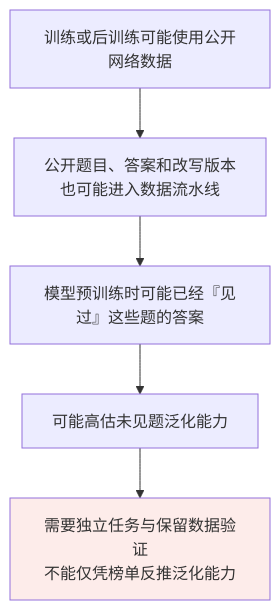
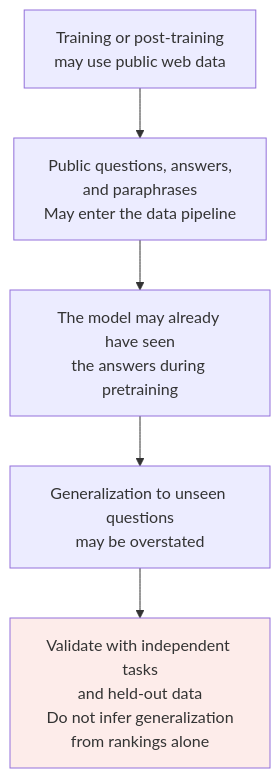
The first of 2 diagrams in docs/llm/05-evaluation-selection/21-evaluation-metrics.md (oneleaveknowsthefall/awesome-ai-roadmap), drawn with Mermaid before and after one commit. The commit also changed other lines of this file and 92 other files, not shown here.

````diff
--- a/docs/llm/05-evaluation-selection/21-evaluation-metrics.md
+++ b/docs/llm/05-evaluation-selection/21-evaluation-metrics.md
@@ -72,9 +72,9 @@
 ```mermaid
 flowchart TB
-    A["训练或后训练可能使用公开网络数据"] --> B["公开题目、答案和改写版本<br/>也可能进入数据流水线"]
-    B --> C["模型预训练时可能已经『见过』这些题的答案"]
-    C --> D["可能高估未见题泛化能力"]
-    D --> E["需要独立任务与保留数据验证<br/>不能仅凭榜单反推泛化能力"]
+    A["Training or post-training<br/>may use public web data"] --> B["Public questions, answers,<br/>and paraphrases<br/>May enter the data pipeline"]
+    B --> C["The model may already have seen<br/>the answers during pretraining"]
+    C --> D["Generalization to unseen questions<br/>may be overstated"]
+    D --> E["Validate with independent tasks<br/>and held-out data<br/>Do not infer generalization<br/>from rankings alone"]
 
     style E fill:#fdecea
 ```
````
